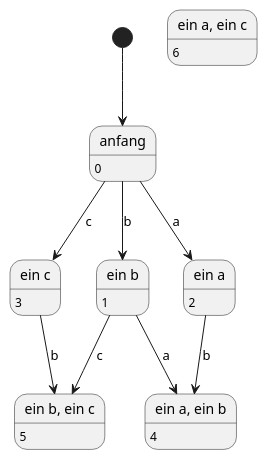
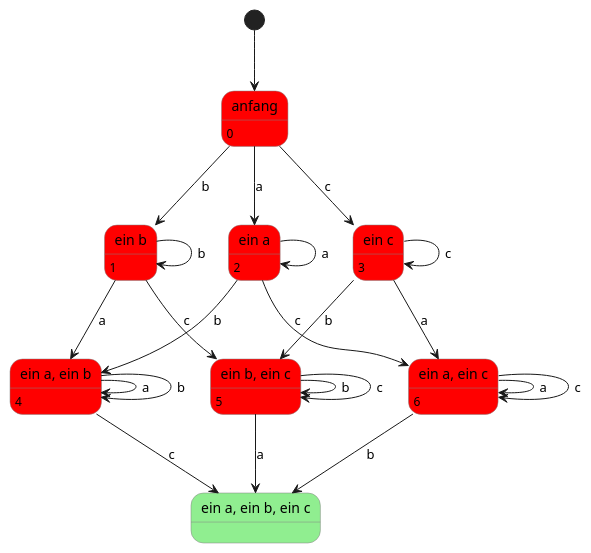
One commit to phbenisc/msiComplexTheorie changed the diagram in src/main/resources/uebung3/exercise03.puml. Above: the diagram before and after it, drawn with PlantUML. The commit also changed 7 other files, not shown here.

Commit message:
feat(uebung1): made DFA diagrams nice

```diff
--- a/src/main/resources/uebung3/exercise03.puml
+++ b/src/main/resources/uebung3/exercise03.puml
@@ -1,43 +1,57 @@
 @startuml
+
+skinparam state {
+  BackgroundColor<<YES>> LightGreen
+  BackgroundColor<<NO>> Red
+  BorderColor Gray
+}
+
 [*] --> 0
 
-state "anfang" as 0
+state "anfang" as 0 <<NO>>
 
-state "ein b" as 1
-state "ein a" as 2
-
-state "ein c" as 3
+state "ein b" as 1 <<NO>>
+state "ein a" as 2 <<NO>>
+state "ein c" as 3 <<NO>>
 
 
-state "ein b, ein c" as 5
-state "ein a, ein b" as 4
-state "ein a, ein c" as 6
+state "ein b, ein c" as 5 <<NO>>
+state "ein a, ein b" as 4 <<NO>>
+state "ein a, ein c" as 6 <<NO>>
+state "ein a, ein b, ein c" as 7 <<YES>>
 
 
 0: 0
 1: 1
 2: 2
 3: 3
 4: 4
 5: 5
 6: 6
 
 
 0 --> 1 : b
 0 --> 2 : a
+0 --> 3 : c
+1 --> 1 : b
+1 --> 4 : a
+1 --> 5 : c
+2 --> 2 : a
 2 --> 4 : b
-1 --> 4 : a
+2 --> 6 : c
+3 --> 5 : b
+3 --> 3 : c
+3 --> 6 : a
 
-
-0 --> 3 : c
-
-
-
-1 --> 5 : c
-3 --> 5 : b
-
-
-
+4 --> 4: a
+4 --> 4: b
+4 --> 7: c
+5 --> 5: b
+5 --> 5: c
+5 --> 7: a
+6 --> 6: a
+6 --> 6: c
+6 --> 7: b
 
 
 @enduml
```
